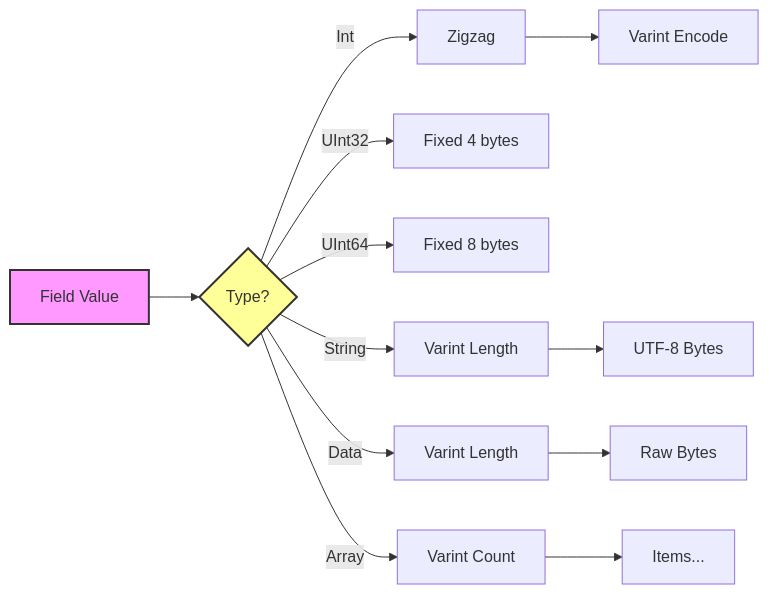
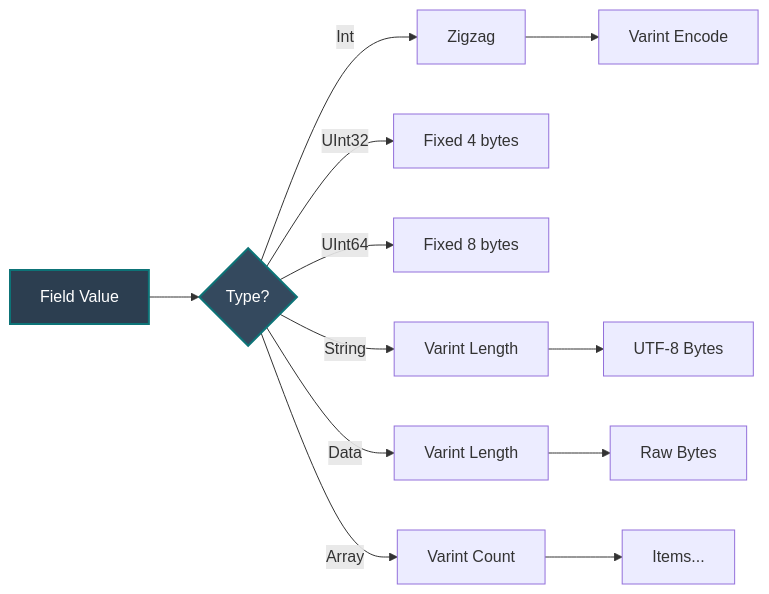
One commit to Mikedan37/BlazeBinary changed the diagram in Docs/DIAGRAMS/field_encoding.mmd. Above: the diagram before and after it, drawn with Mermaid. The commit also changed 11 other files, not shown here.

First line of the commit message:
Improve Mermaid diagrams and code display formatting

```diff
--- a/Docs/DIAGRAMS/field_encoding.mmd
+++ b/Docs/DIAGRAMS/field_encoding.mmd
@@ -1,16 +1,16 @@
 graph LR
     A[Field Value] --> B{Type?}
     B -->|Int| C[Zigzag]
     B -->|UInt32| D[Fixed 4 bytes]
     B -->|UInt64| E[Fixed 8 bytes]
     B -->|String| F[Varint Length]
     B -->|Data| G[Varint Length]
     B -->|Array| H[Varint Count]
     
     C --> C1[Varint Encode]
     F --> F1[UTF-8 Bytes]
     G --> G1[Raw Bytes]
     H --> H1[Items...]
     
-    style A fill:#f9f,stroke:#333,stroke-width:2px
-    style B fill:#ff9,stroke:#333,stroke-width:2px
+    style A fill:#2c3e50,stroke:#0d7377,stroke-width:2px,color:#ffffff
+    style B fill:#34495e,stroke:#0d7377,stroke-width:2px,color:#ffffff
```
